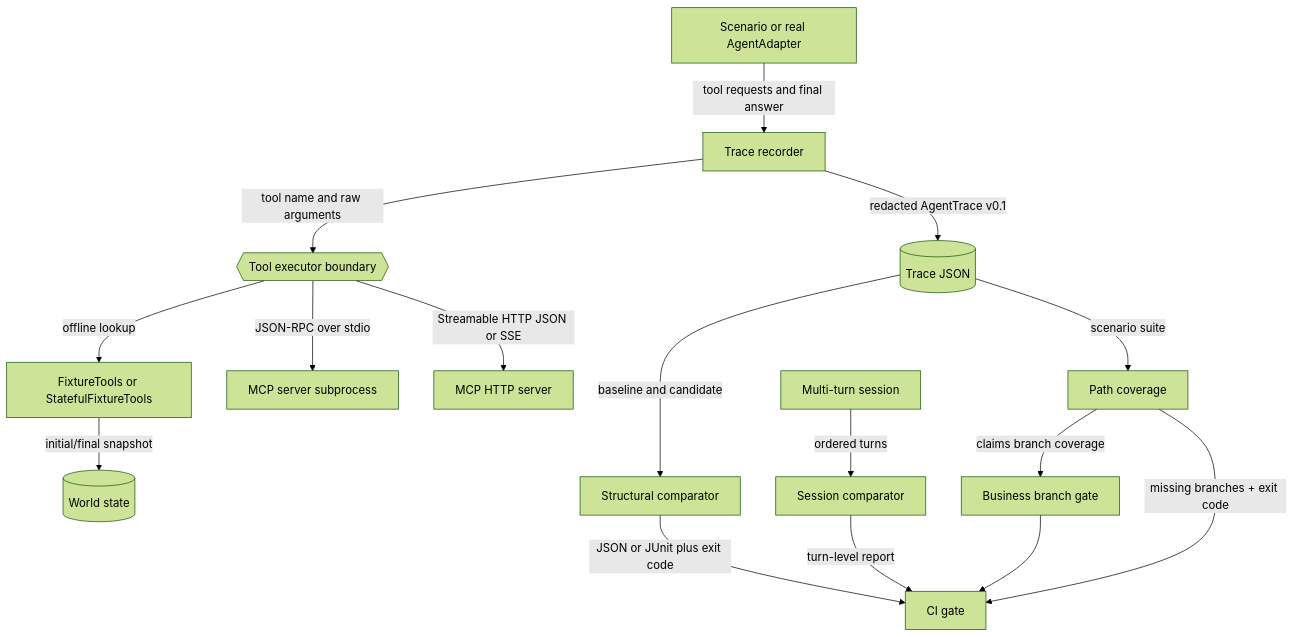
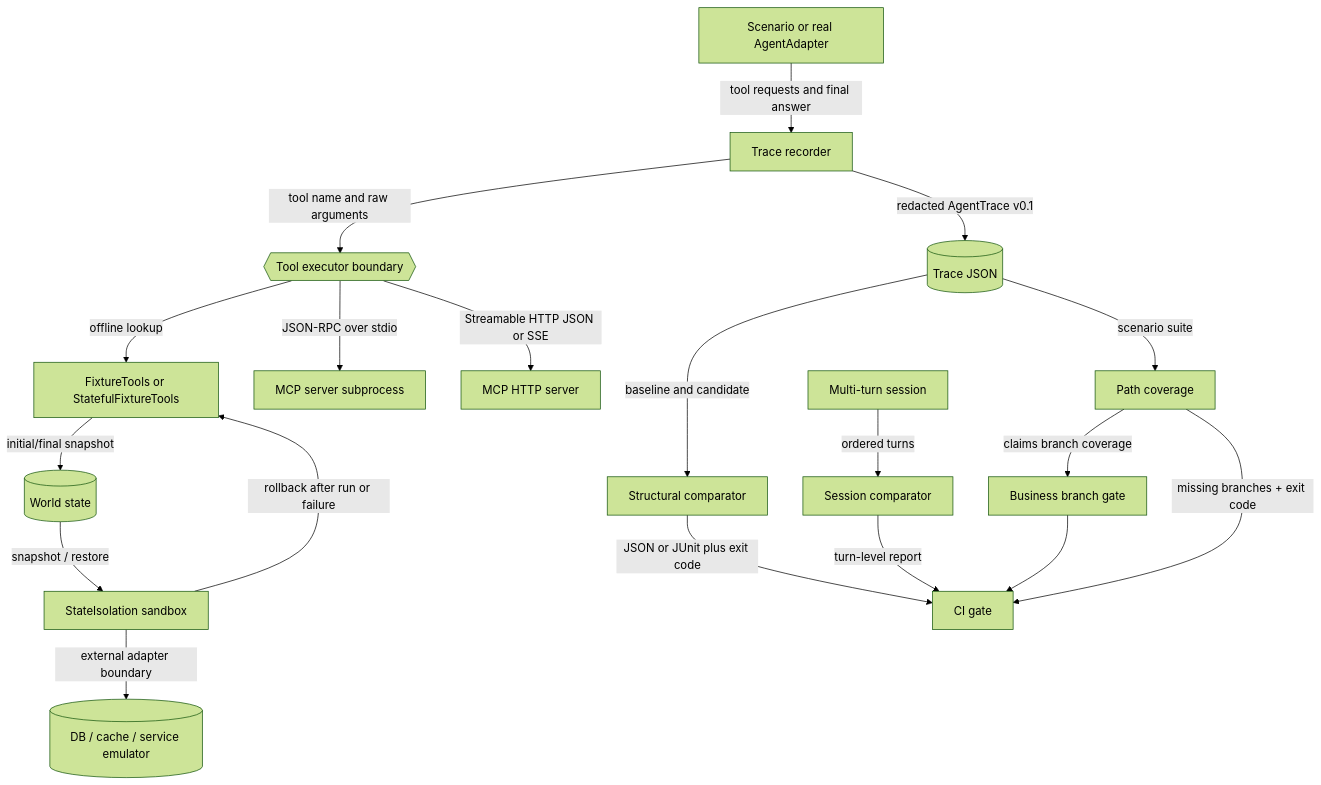
The first of 2 diagrams in docs/architecture.md (ANTAO94/agent-regression-kit), drawn with Mermaid (forest theme) before and after one commit. The commit also changed other lines of this file and 17 other files, not shown here.

````diff
--- a/docs/architecture.md
+++ b/docs/architecture.md
@@ -5,18 +5,21 @@
 ```mermaid
 flowchart TD
     Scenario[Scenario or real AgentAdapter] -->|tool requests and final answer| Recorder[Trace recorder]
     Recorder -->|tool name and raw arguments| Executor{{Tool executor boundary}}
     Executor -->|offline lookup| Fixture[FixtureTools or StatefulFixtureTools]
     Fixture -->|initial/final snapshot| World[(World state)]
+    World -->|snapshot / restore| Isolation[StateIsolation sandbox]
+    Isolation -->|rollback after run or failure| Fixture
+    Isolation -->|external adapter boundary| External[(DB / cache / service emulator)]
     Executor -->|JSON-RPC over stdio| MCP[MCP server subprocess]
     Executor -->|Streamable HTTP JSON or SSE| HTTP[MCP HTTP server]
     Recorder -->|redacted AgentTrace v0.1| Trace[(Trace JSON)]
     Trace -->|baseline and candidate| Compare[Structural comparator]
     Compare -->|JSON or JUnit plus exit code| CI[CI gate]
     Session[Multi-turn session] -->|ordered turns| SessionCompare[Session comparator]
     SessionCompare -->|turn-level report| CI
     Coverage -->|claims branch coverage| BusinessGate[Business branch gate]
     BusinessGate --> CI
     Trace -->|scenario suite| Coverage[Path coverage]
     Coverage -->|missing branches + exit code| CI
 ```
````
